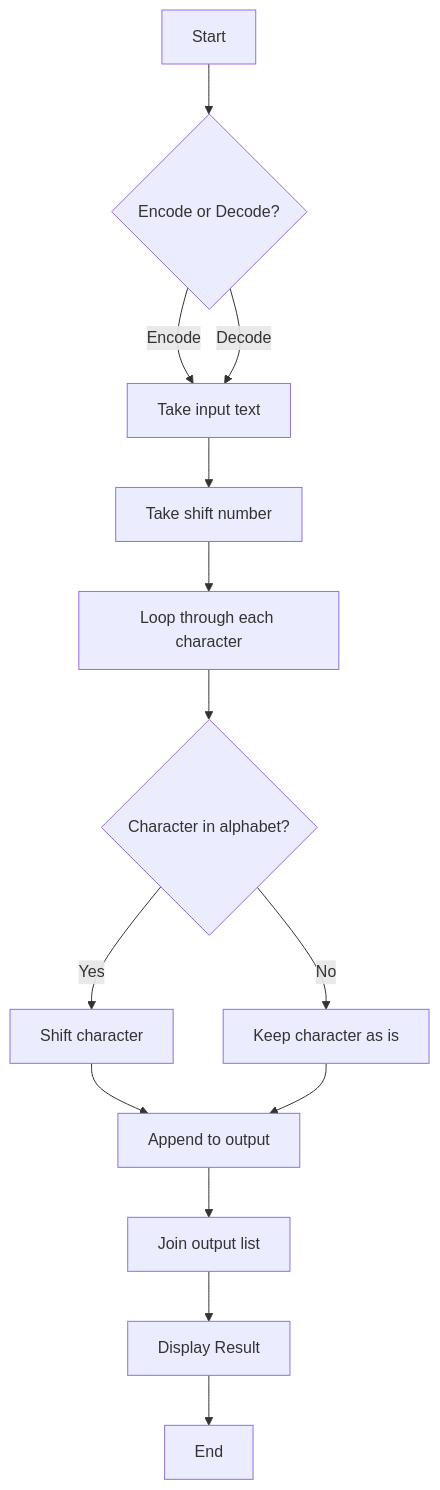
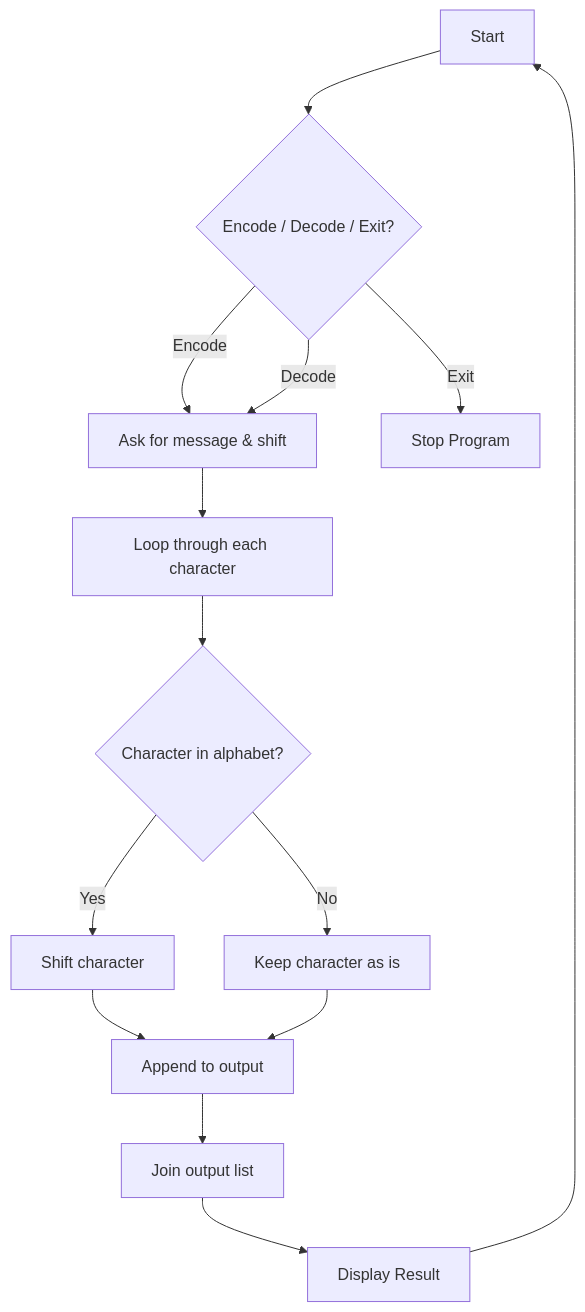
Before and after one commit to djay321/Caesar-Cipher: the diagram in README.md, drawn with Mermaid. The commit also changed other lines of this file, not shown here.

````diff
--- a/README.md
+++ b/README.md
@@ -42,16 +46,16 @@
 ```mermaid
 flowchart TD
-    A[Start] --> B{Encode or Decode?}
-    B -->|Encode| C[Take input text]
-    B -->|Decode| C[Take input text]
-    C --> D[Take shift number]
-    D --> E[Loop through each character]
-    E --> F{Character in alphabet?}
-    F -->|Yes| G[Shift character]
-    F -->|No| H[Keep character as is]
+    A[Start] --> B{Encode / Decode / Exit?}
+    B -->|Encode| C[Ask for message & shift]
+    B -->|Decode| C[Ask for message & shift]
+    B -->|Exit| H[Stop Program]
+    C --> D[Loop through each character]
+    D --> E{Character in alphabet?}
+    E -->|Yes| F[Shift character]
+    E -->|No| G[Keep character as is]
+    F --> I[Append to output]
     G --> I[Append to output]
-    H --> I[Append to output]
     I --> J[Join output list]
     J --> K[Display Result]
-    K --> L[End]
+    K --> A
 ```
````
